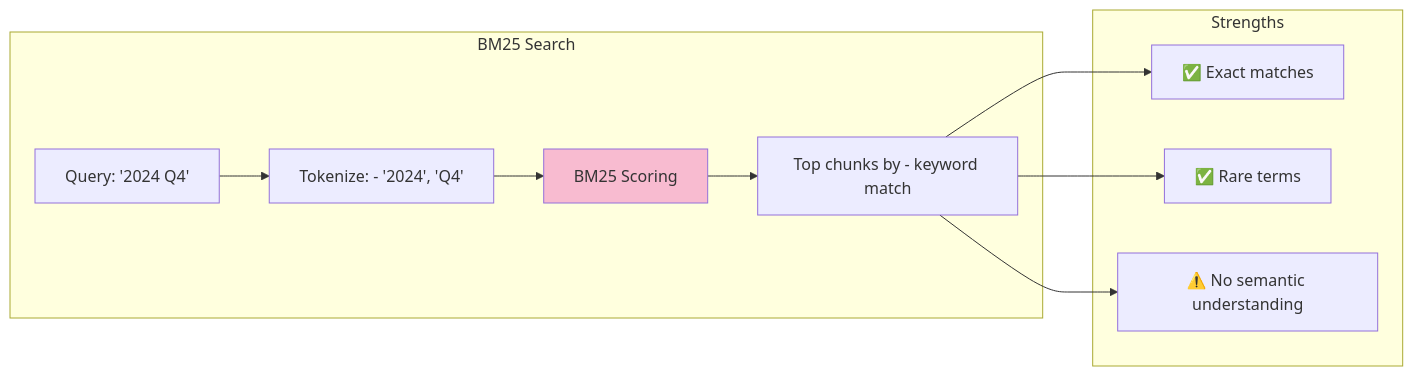
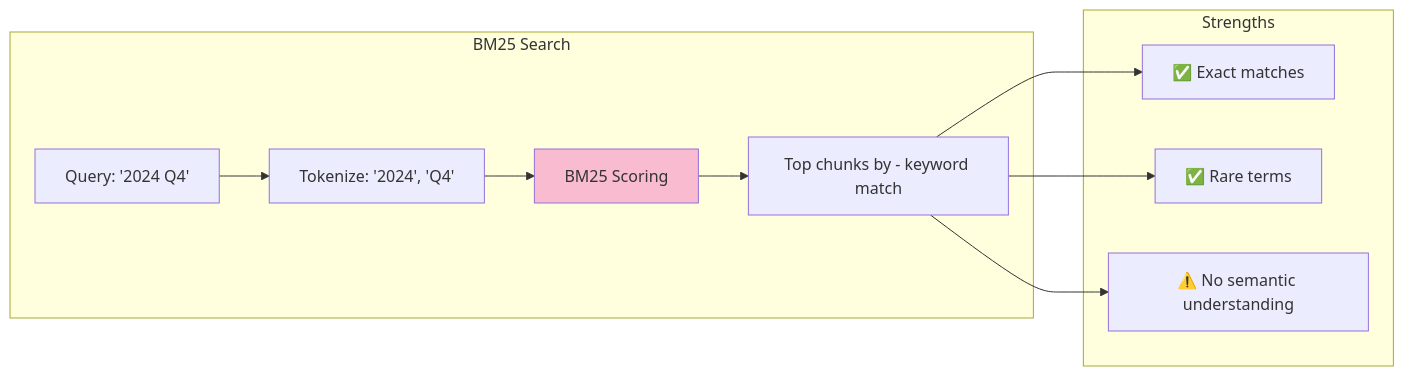
The eighth of 15 diagrams in docs/learning/03-rag-fundamentals.md (indhra/llm_rag_sec_findings), drawn with Mermaid before and after one commit. The commit also changed other lines of this file and 9 other files, not shown here.

````diff
--- a/docs/learning/03-rag-fundamentals.md
+++ b/docs/learning/03-rag-fundamentals.md
@@ -274,16 +274,16 @@
 ```mermaid
 graph LR
     subgraph "BM25 Search"
-        Q[Query: '2024 Q4'] --> T[Tokenize: - '2024', 'Q4']
+        Q["Query: '2024 Q4'"] --> T["Tokenize: '2024', 'Q4'"]
         T --> S[BM25 Scoring]
-        S --> R[Top chunks by - keyword match]
+        S --> R["Top chunks by - keyword match"]
     end
     
     subgraph "Strengths"
         R --> P1[✅ Exact matches]
         R --> P2[✅ Rare terms]
         R --> P3[⚠️ No semantic understanding]
     end
     
     style S fill:#f8bbd0
 ```
````
